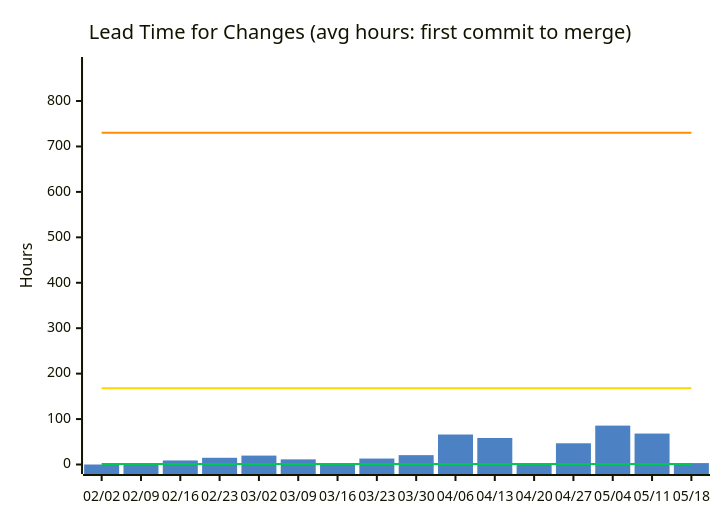
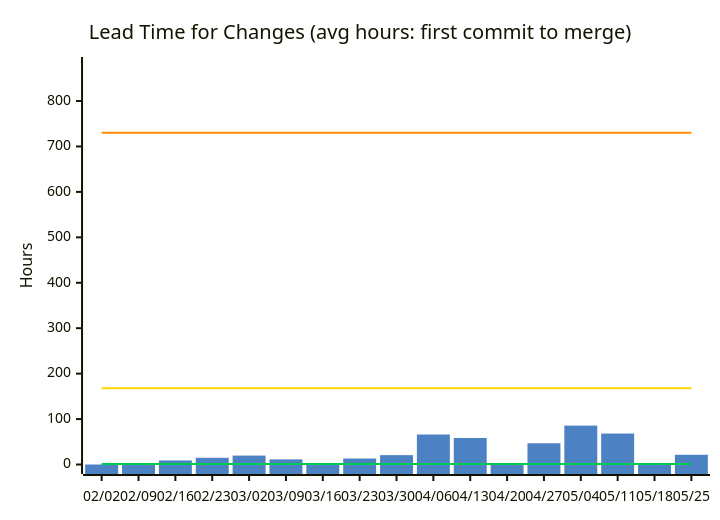
One commit to nablarch/nabledge-dev changed the second of 14 diagrams in docs/metrics.md. Above: the diagram before and after it, drawn with Mermaid. The commit also changed other lines of this file and 2 other files, not shown here.

````diff
--- a/docs/metrics.md
+++ b/docs/metrics.md
@@ -49,11 +49,11 @@
 ```mermaid
 %%{init: {'theme': 'base', 'themeVariables': {'xyChart': {'plotColorPalette': '#4C82C3,#00C853,#FFD600,#FF8C00'}}}}%%
 xychart-beta
   title "Lead Time for Changes (avg hours: first commit to merge)"
-  x-axis ["02/02", "02/09", "02/16", "02/23", "03/02", "03/09", "03/16", "03/23", "03/30", "04/06", "04/13", "04/20", "04/27", "05/04", "05/11", "05/18"]
+  x-axis ["02/02", "02/09", "02/16", "02/23", "03/02", "03/09", "03/16", "03/23", "03/30", "04/06", "04/13", "04/20", "04/27", "05/04", "05/11", "05/18", "05/25"]
   y-axis "Hours" 0 --> 876
-  bar [0, 2.7, 8.9, 14.8, 19.6, 11.3, 0, 13.1, 20.6, 66, 58.4, 0.1, 46.7, 85.6, 68.1, 3.1]
-  line [1, 1, 1, 1, 1, 1, 1, 1, 1, 1, 1, 1, 1, 1, 1, 1]
-  line [168, 168, 168, 168, 168, 168, 168, 168, 168, 168, 168, 168, 168, 168, 168, 168]
-  line [730, 730, 730, 730, 730, 730, 730, 730, 730, 730, 730, 730, 730, 730, 730, 730]
+  bar [0, 2.7, 8.9, 14.8, 19.6, 11.3, 0, 13.1, 20.6, 66, 58.4, 0.1, 46.7, 85.6, 68.1, 3.1, 21.4]
+  line [1, 1, 1, 1, 1, 1, 1, 1, 1, 1, 1, 1, 1, 1, 1, 1, 1]
+  line [168, 168, 168, 168, 168, 168, 168, 168, 168, 168, 168, 168, 168, 168, 168, 168, 168]
+  line [730, 730, 730, 730, 730, 730, 730, 730, 730, 730, 730, 730, 730, 730, 730, 730, 730]
 ```
````
